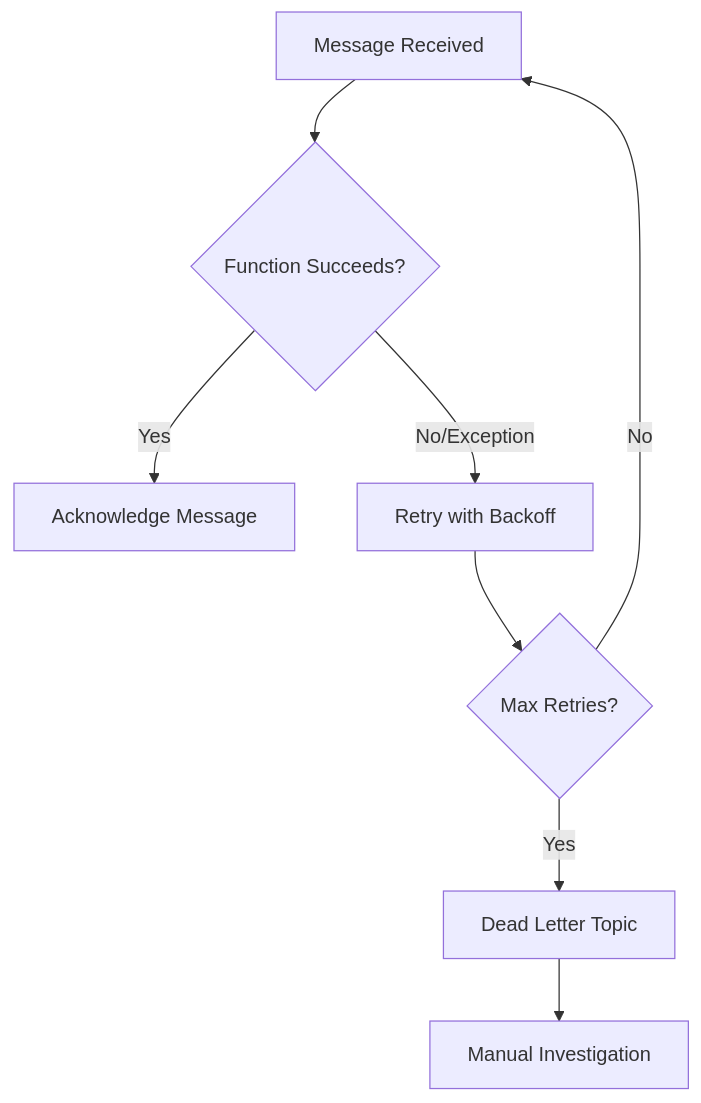
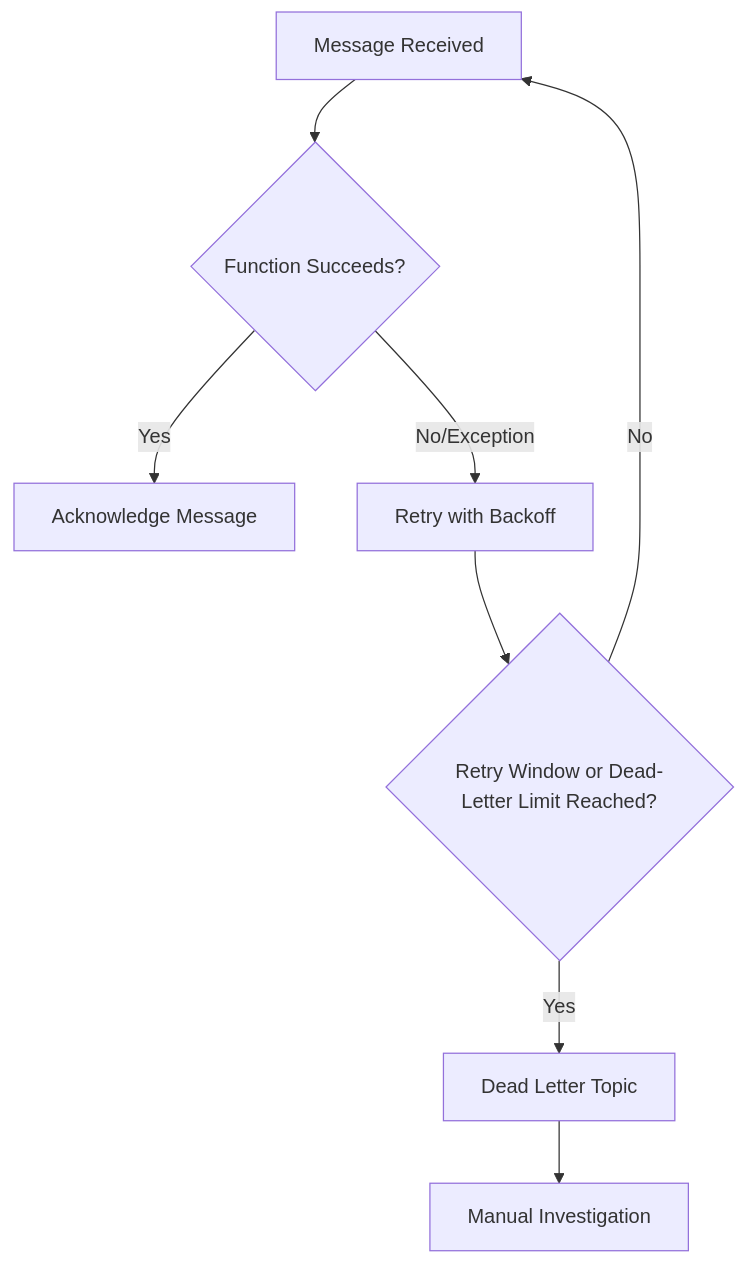
Before and after one commit to OneUptime/blog: the second of 5 diagrams in posts/2026-01-27-pubsub-cloud-functions/README.md, drawn with Mermaid. The commit also changed other lines of this file and 2 other files, not shown here.

````diff
--- a/posts/2026-01-27-pubsub-cloud-functions/README.md
+++ b/posts/2026-01-27-pubsub-cloud-functions/README.md
@@ -253,10 +262,10 @@
 ```mermaid
 flowchart TD
     A[Message Received] --> B{Function Succeeds?}
     B -->|Yes| C[Acknowledge Message]
     B -->|No/Exception| D[Retry with Backoff]
-    D --> E{Max Retries?}
+    D --> E{Retry Window or Dead-Letter Limit Reached?}
     E -->|No| A
     E -->|Yes| F[Dead Letter Topic]
     F --> G[Manual Investigation]
 ```
````
